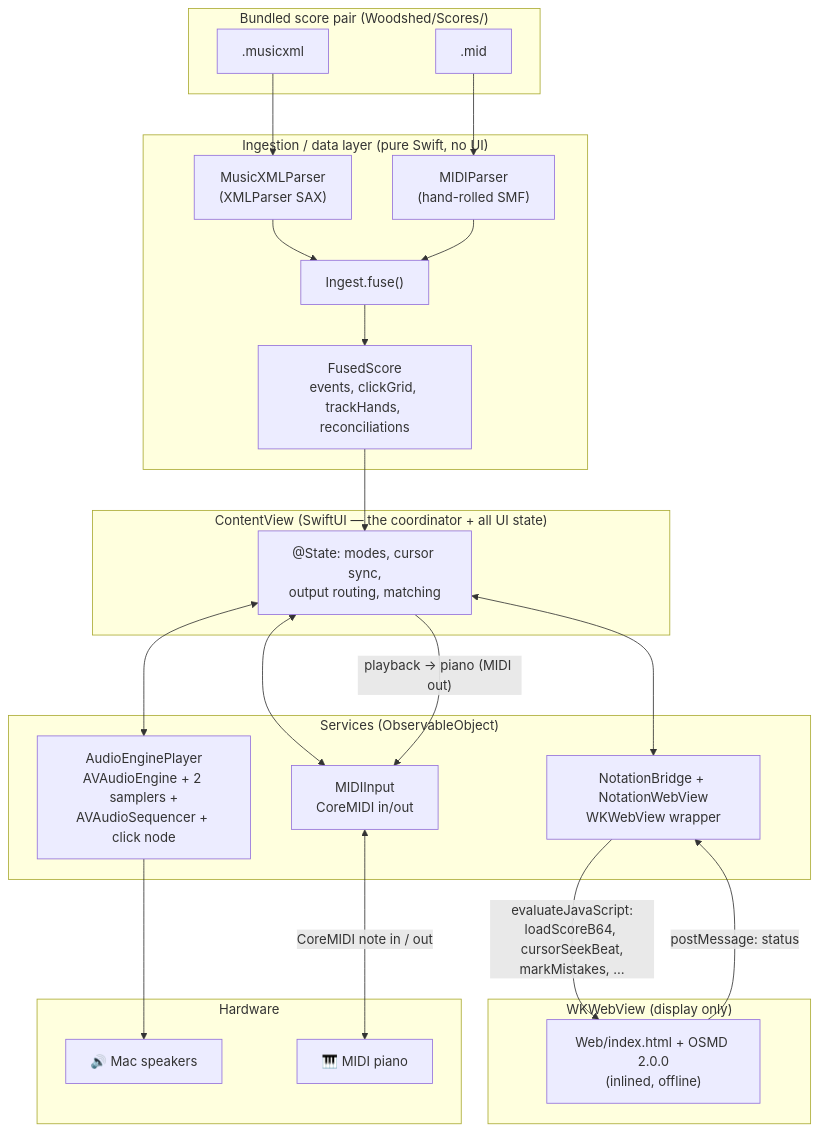
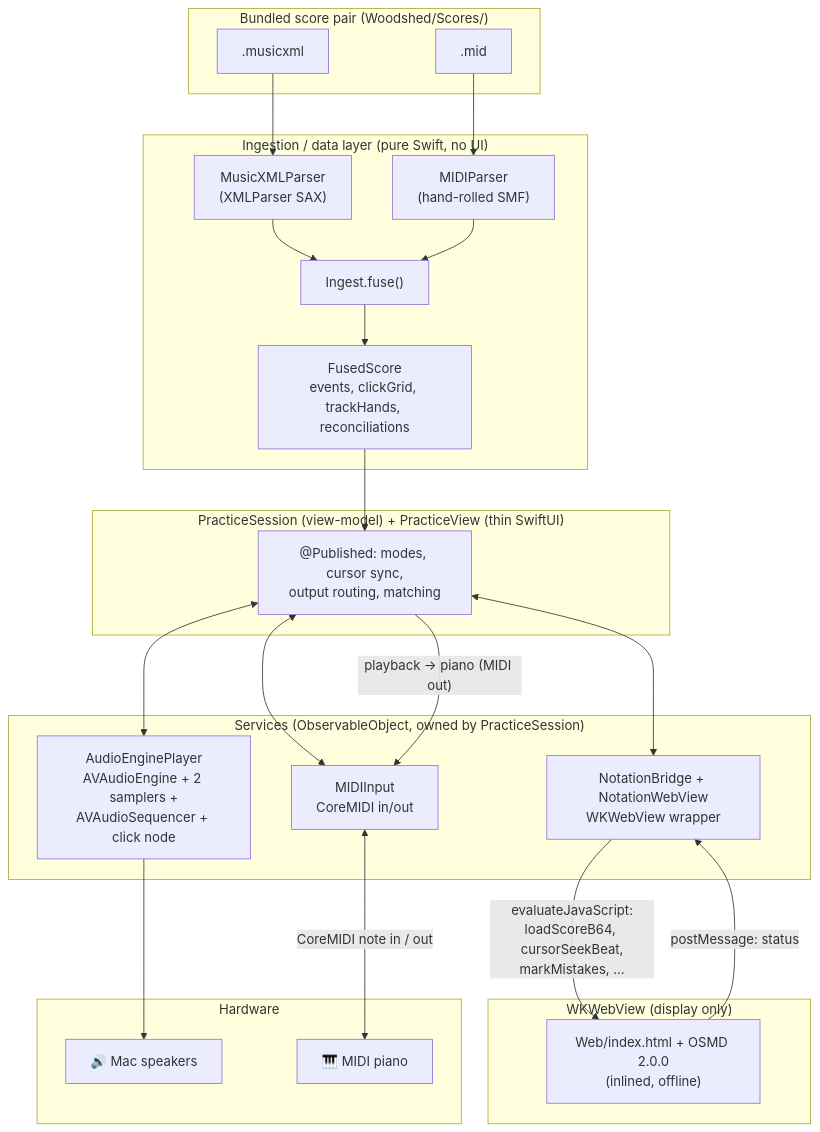
The diagram in docs/ARCHITECTURE.md (dayneeastaugh/sheetmusictutor), drawn with Mermaid before and after one commit. The commit also changed other lines of this file and 5 other files, not shown here.

````diff
--- a/docs/ARCHITECTURE.md
+++ b/docs/ARCHITECTURE.md
@@ -11,46 +12,46 @@
 ```mermaid
 flowchart TD
     subgraph Files["Bundled score pair (Woodshed/Scores/)"]
       XML[".musicxml"]
       MID[".mid"]
     end
 
     subgraph Ingest["Ingestion / data layer (pure Swift, no UI)"]
       MP["MusicXMLParser<br/>(XMLParser SAX)"]
       MIP["MIDIParser<br/>(hand-rolled SMF)"]
       ING["Ingest.fuse()"]
       FS["FusedScore<br/>events, clickGrid, trackHands, reconciliations"]
     end
 
     XML --> MP --> ING
     MID --> MIP --> ING
     ING --> FS
 
-    subgraph View["ContentView (SwiftUI — the coordinator + all UI state)"]
-      CV["@State: modes, cursor sync,<br/>output routing, matching"]
+    subgraph View["PracticeSession (view-model) + PracticeView (thin SwiftUI)"]
+      CV["@Published: modes, cursor sync,<br/>output routing, matching"]
     end
     FS --> CV
 
-    subgraph Services["Services (ObservableObject)"]
+    subgraph Services["Services (ObservableObject, owned by PracticeSession)"]
       AUDIO["AudioEnginePlayer<br/>AVAudioEngine + 2 samplers +<br/>AVAudioSequencer + click node"]
       MIDI["MIDIInput<br/>CoreMIDI in/out"]
       BRIDGE["NotationBridge + NotationWebView<br/>WKWebView wrapper"]
     end
     CV <--> AUDIO
     CV <--> MIDI
     CV <--> BRIDGE
 
     subgraph Web["WKWebView (display only)"]
       HTML["Web/index.html + OSMD 2.0.0<br/>(inlined, offline)"]
     end
     BRIDGE -->|"evaluateJavaScript:<br/>loadScoreB64, cursorSeekBeat,<br/>markMistakes, …"| HTML
     HTML -->|"postMessage: status"| BRIDGE
 
     subgraph HW["Hardware"]
       SPK["🔊 Mac speakers"]
       PNO["🎹 MIDI piano"]
     end
     AUDIO --> SPK
     MIDI <-->|"CoreMIDI note in / out"| PNO
     CV -->|"playback → piano (MIDI out)"| MIDI
 ```
````
